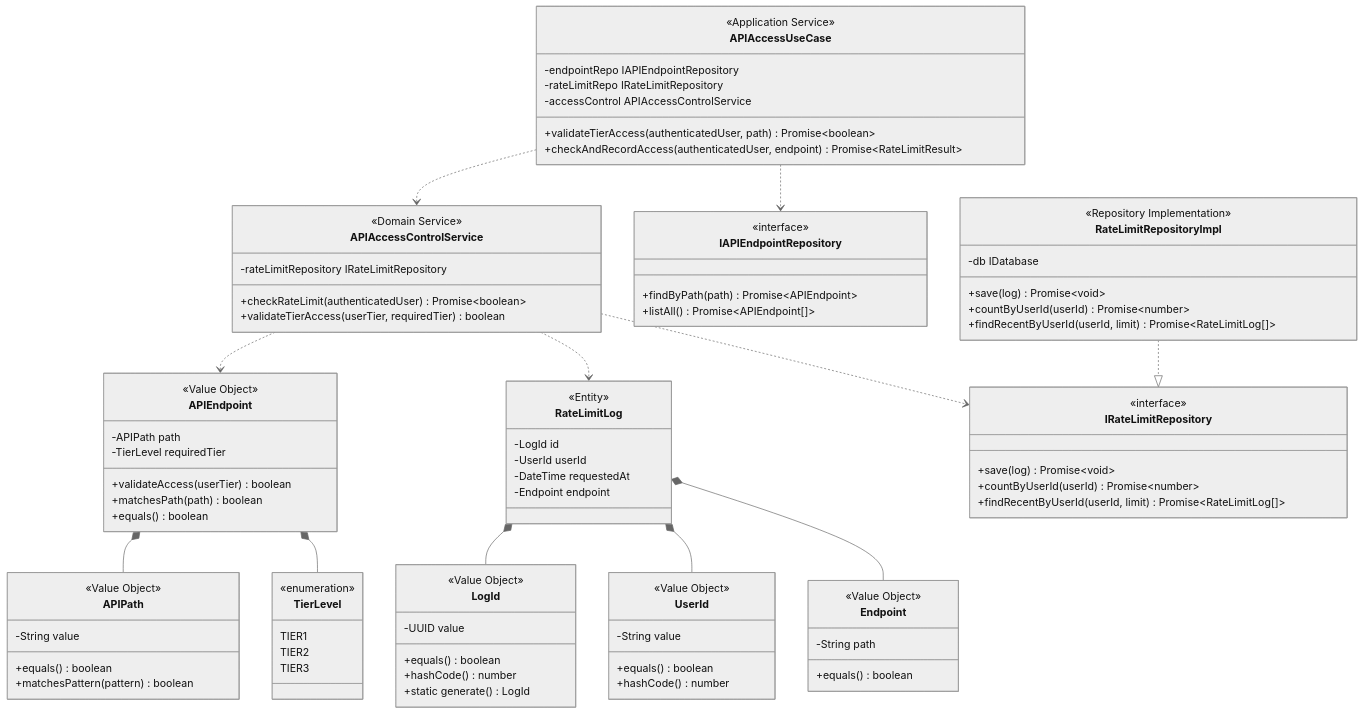
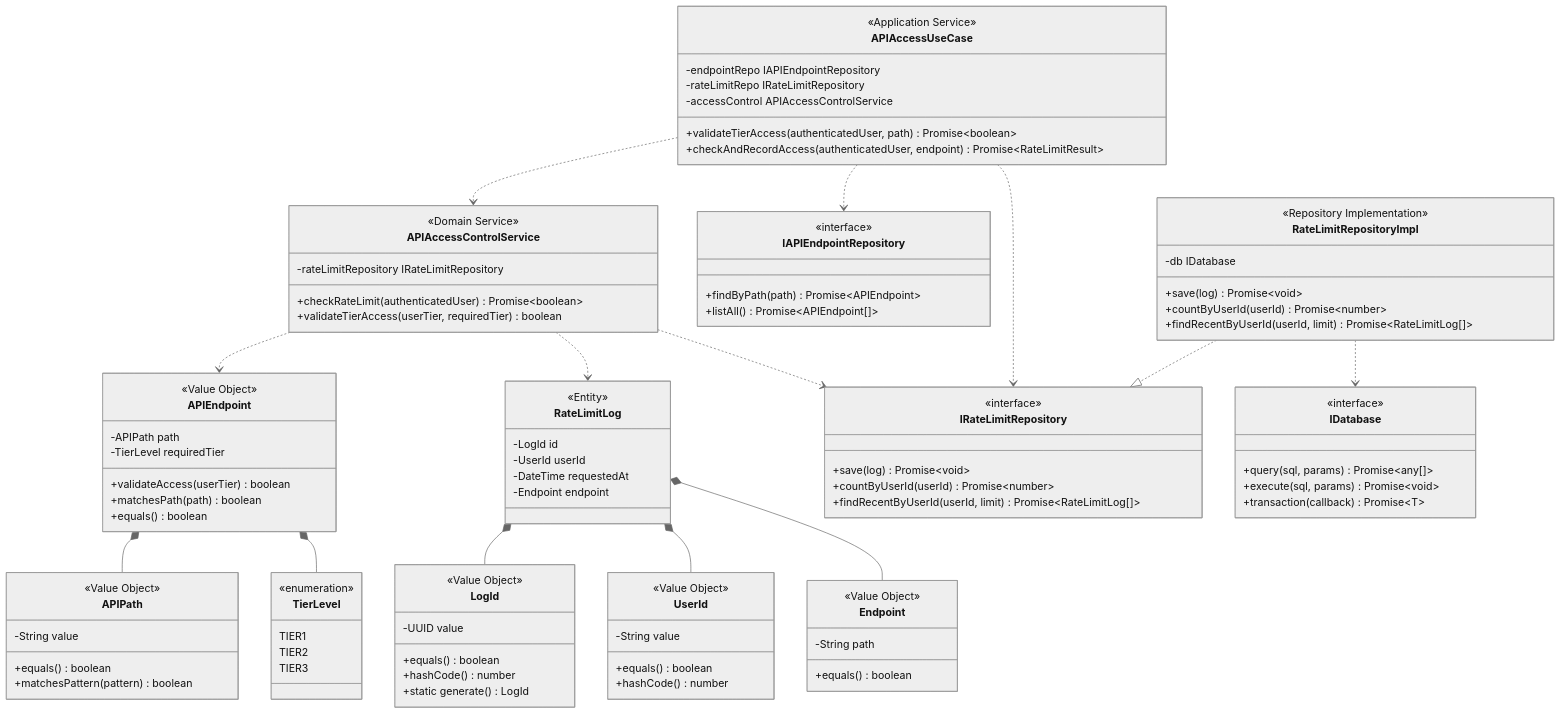
One commit to hydrangeas/redis-test changed the tenth of 13 diagrams in docs/specs/step5-design.md. Above: the diagram before and after it, drawn with Mermaid (neutral theme). The commit also changed other lines of this file, not shown here.

Commit message:
fix: APIコンテキストのクラス図の関係性を修正
- APIAccessUseCaseからIRateLimitRepositoryへの依存関係を追加
- IDatabaseインターフェースを定義し、RateLimitRepositoryImplからの使用関係を明示
- クラス図の一貫性と完全性を向上

🤖 Generated with [Claude Code](https://claude.ai/code)

```diff
--- a/docs/specs/step5-design.md
+++ b/docs/specs/step5-design.md
@@ -960,6 +960,13 @@
         +findRecentByUserId(userId, limit) Promise~RateLimitLog[]~
     }
     
+    class IDatabase {
+        <<interface>>
+        +query(sql, params) Promise~any[]~
+        +execute(sql, params) Promise~void~
+        +transaction(callback) Promise~T~
+    }
+    
     %% 関係性
     APIEndpoint *-- APIPath
     APIEndpoint *-- TierLevel
@@ -970,8 +977,10 @@
     APIAccessControlService ..> RateLimitLog
     APIAccessControlService ..> IRateLimitRepository
     APIAccessUseCase ..> IAPIEndpointRepository
+    APIAccessUseCase ..> IRateLimitRepository
     APIAccessUseCase ..> APIAccessControlService
     RateLimitRepositoryImpl ..|> IRateLimitRepository
+    RateLimitRepositoryImpl ..> IDatabase
     
     %% mermaid記載上の【重要】注意点
     %% コメントは独立した行に記述
```
